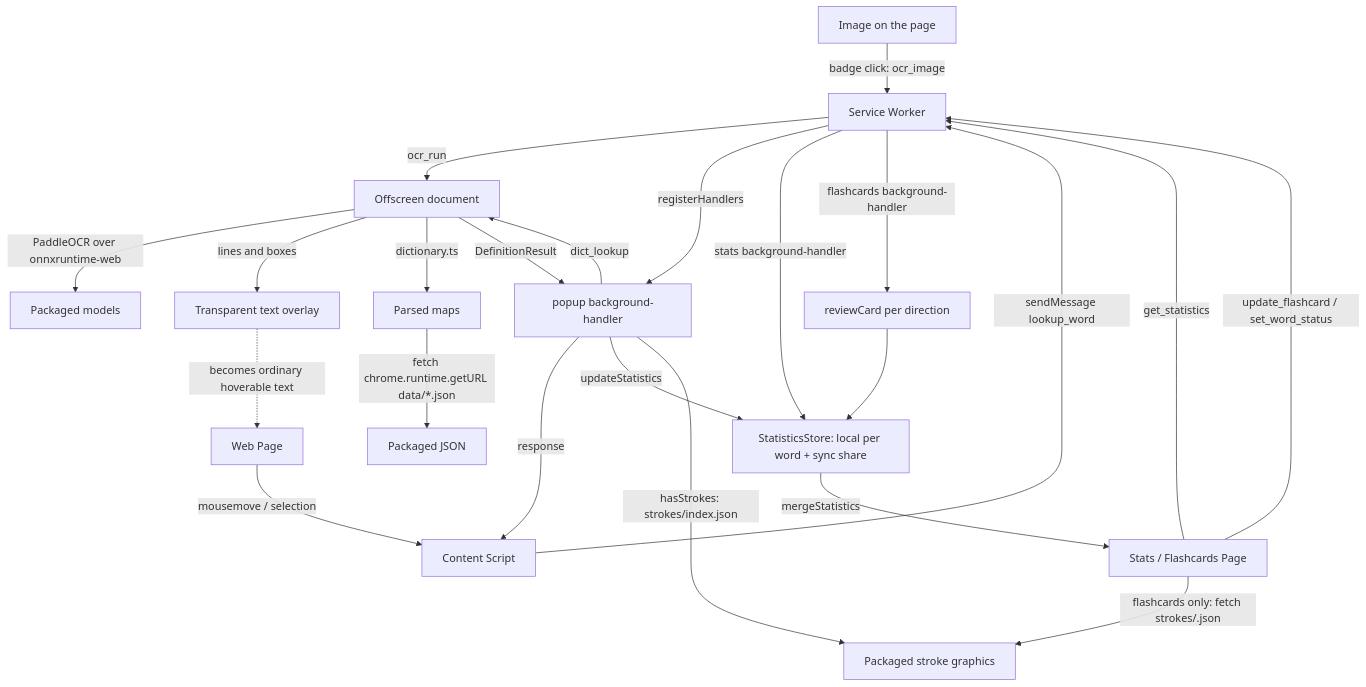
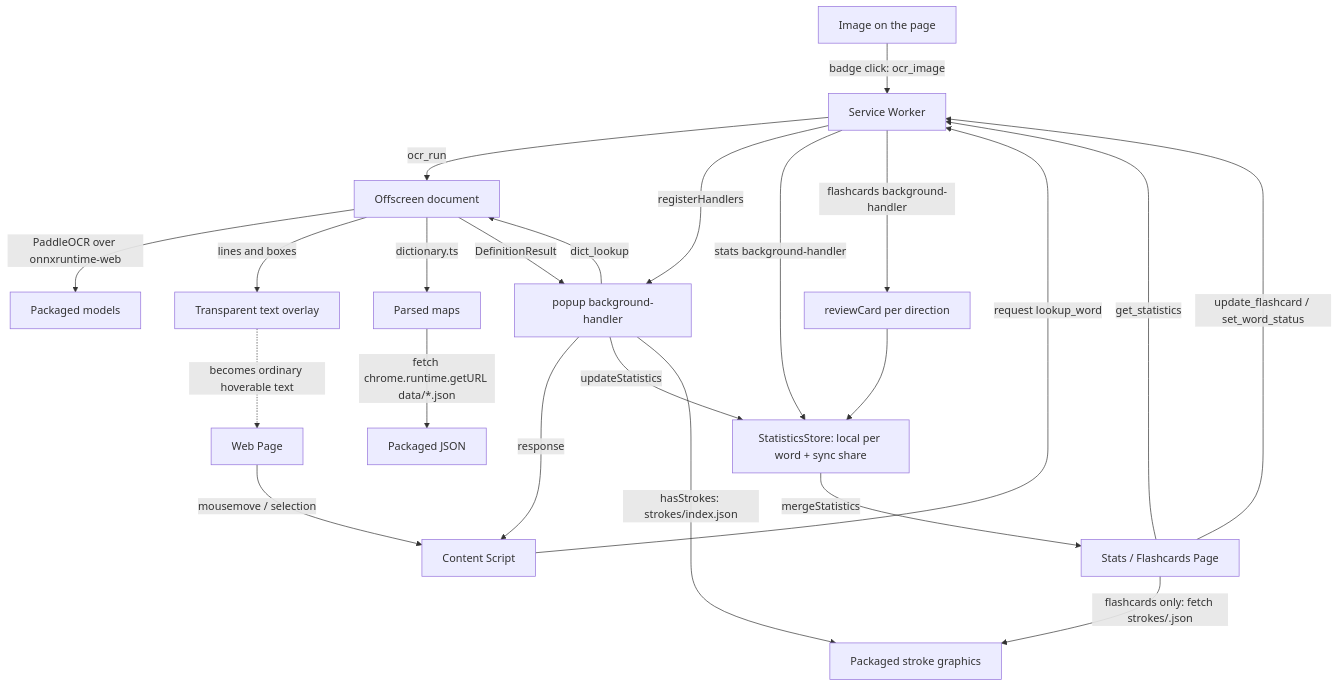
One commit to vwongdev/canto-toolbox changed the diagram in .claude/docs/architecture/README.md. Above: the diagram before and after it, drawn with Mermaid. The commit also changed 6 other files, not shown here.

````diff
--- a/.claude/docs/architecture/README.md
+++ b/.claude/docs/architecture/README.md
@@ -26,25 +26,25 @@
 ```mermaid
 flowchart TD
     I[Image on the page] -->|badge click: ocr_image| C
     C -->|ocr_run| O[Offscreen document]
     O -->|PaddleOCR over onnxruntime-web| P[Packaged models]
     O -->|lines and boxes| N[Transparent text overlay]
     N -.->|becomes ordinary hoverable text| A
     A[Web Page] -->|mousemove / selection| B[Content Script]
-    B -->|sendMessage lookup_word| C[Service Worker]
+    B -->|request lookup_word| C[Service Worker]
     C -->|registerHandlers| H1[popup background-handler]
     H1 -->|dict_lookup| O
     O -->|dictionary.ts| D[Parsed maps]
     D -->|fetch chrome.runtime.getURL data/*.json| E[Packaged JSON]
     O -->|DefinitionResult| H1
     H1 -->|response| B
     H1 -->|updateStatistics| F[StatisticsStore: local per word + sync share]
     G[Stats / Flashcards Page] -->|get_statistics| C
     G -->|flashcards only: fetch strokes/<char>.json| S[Packaged stroke graphics]
     H1 -->|hasStrokes: strokes/index.json| S
     C -->|stats background-handler| F
     F -->|mergeStatistics| G
     G -->|update_flashcard / set_word_status| C
     C -->|flashcards background-handler| H2[reviewCard per direction]
     H2 --> F
 ```
````
